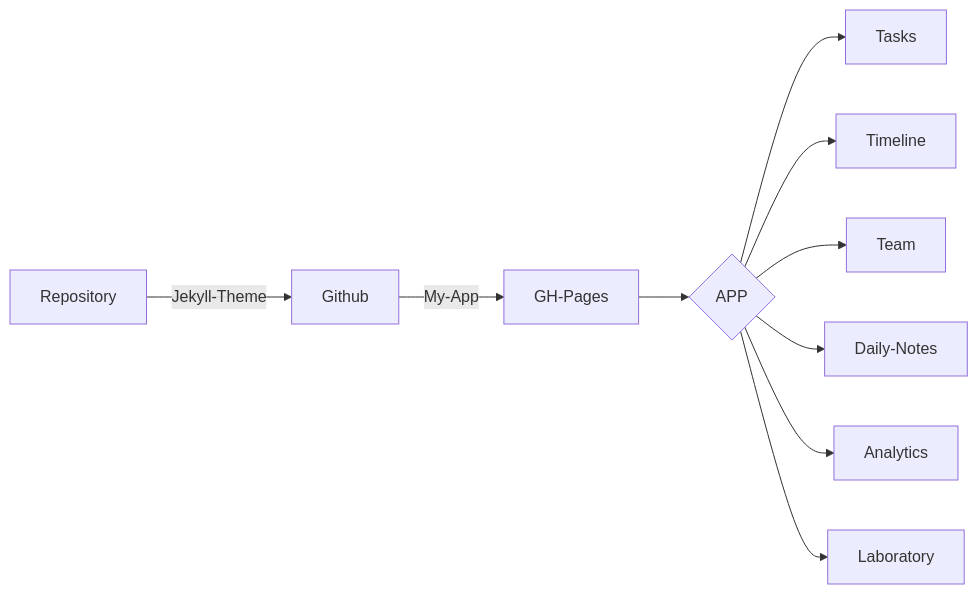
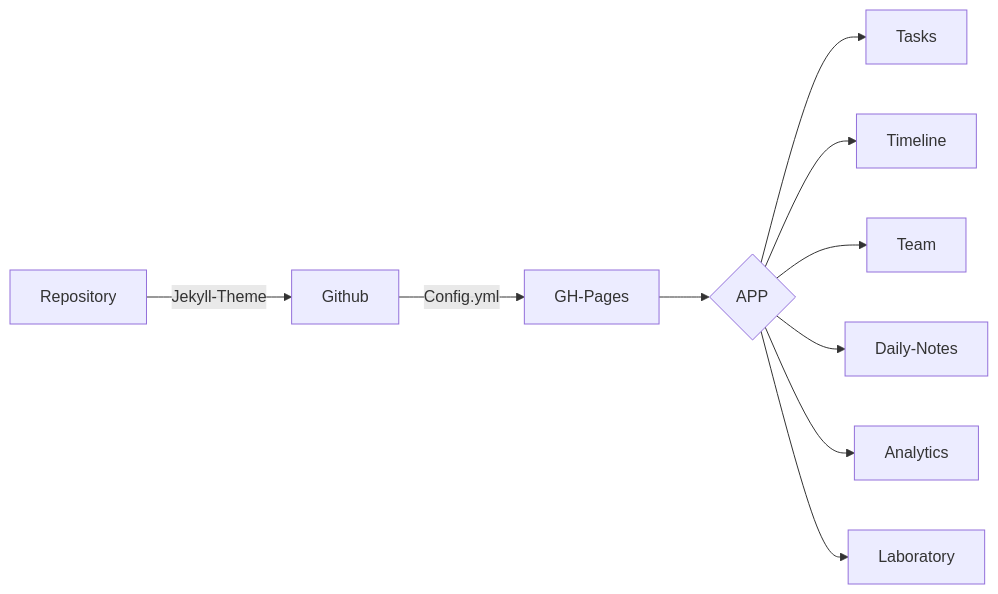
One commit to SauloCandeira/SPA-Jekyll changed the diagram in README.md. Above: the diagram before and after it, drawn with Mermaid.

````diff
--- a/README.md
+++ b/README.md
@@ -16,14 +16,14 @@
 ```mermaid
 flowchart LR
 X[Repository] -->|Jekyll-Theme| A[Jekyll]
-A[Github] -->|My-App| B[GH-Pages]
+A[Github] -->|Config.yml| B[GH-Pages]
 
 B --> C{APP}
 C --> J[Tasks]
 C --> K[Timeline]
 C --> L[Team]
 C --> M[Daily-Notes]
 C --> N[Analytics]
 C --> O[Laboratory]
 
 ```
````
